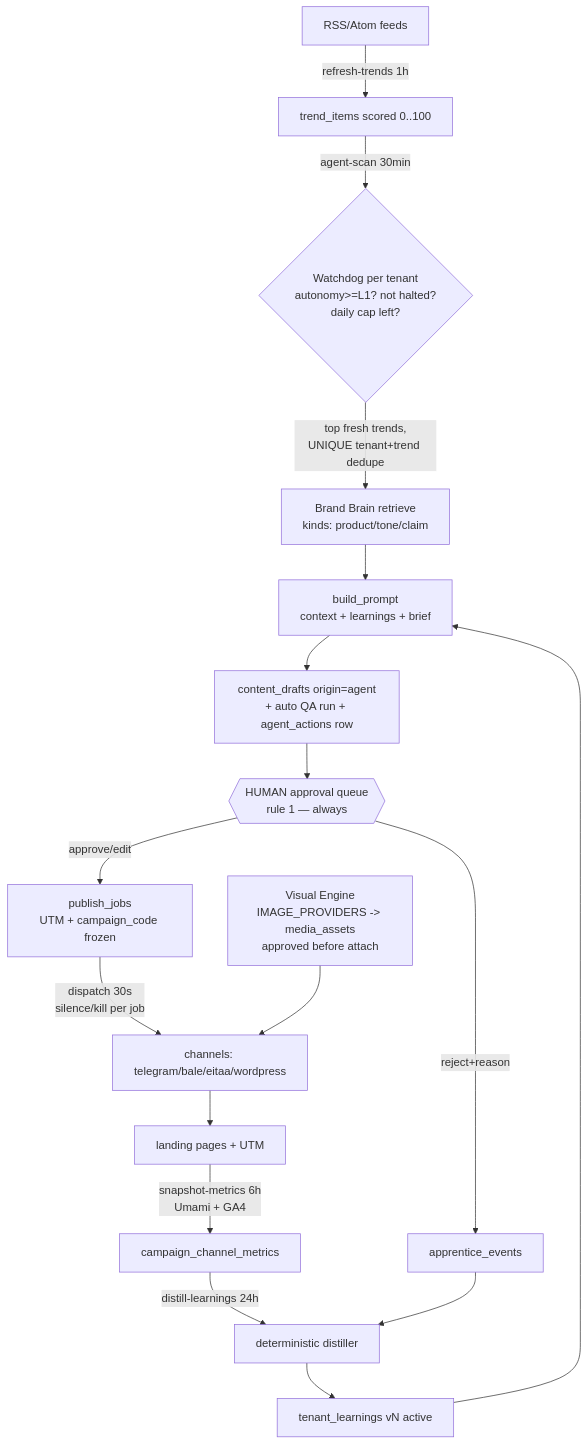
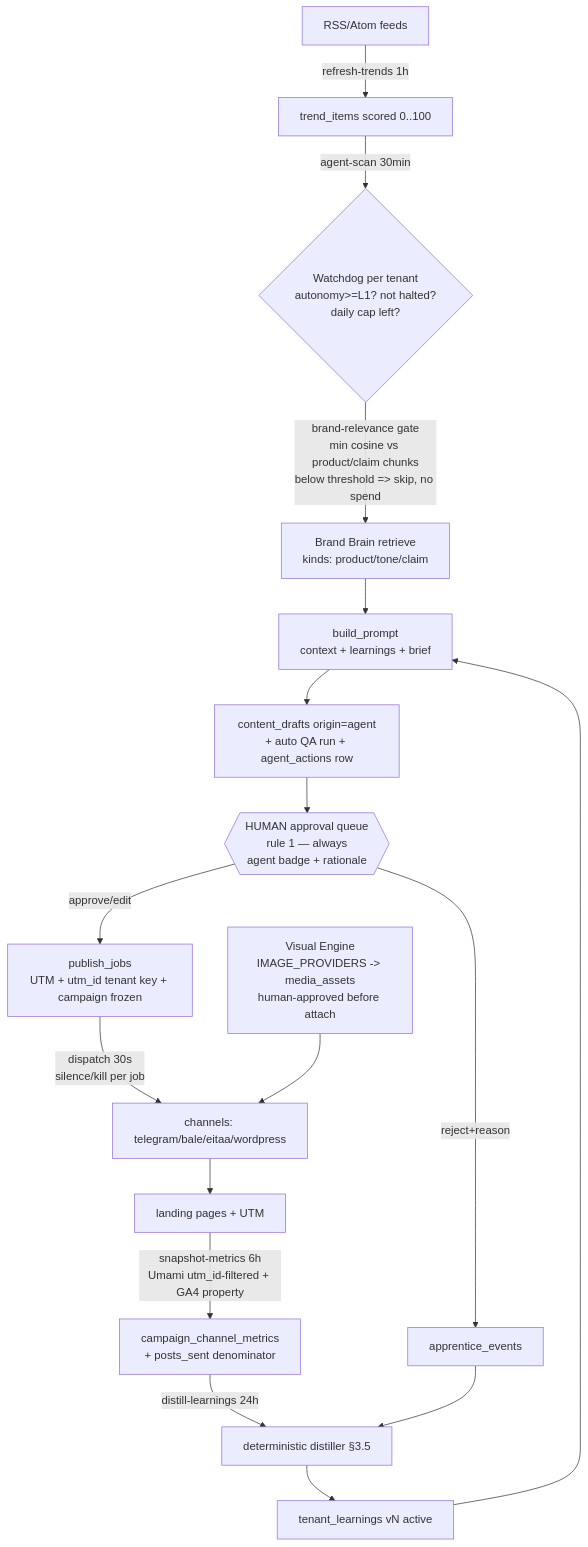
Before and after one commit to ashoorijahanban1-dev/rpim: the diagram in docs/design/fable5-pentarchy.md, drawn with Mermaid. The commit also changed other lines of this file, not shown here.

````diff
--- a/docs/design/fable5-pentarchy.md
+++ b/docs/design/fable5-pentarchy.md
@@ -207,19 +298,19 @@
 ```mermaid
 flowchart TD
   RSS[RSS/Atom feeds] -->|refresh-trends 1h| RADAR[trend_items scored 0..100]
   RADAR -->|agent-scan 30min| WD{Watchdog per tenant\nautonomy>=L1? not halted?\ndaily cap left?}
-  WD -->|top fresh trends,\nUNIQUE tenant+trend dedupe| BRAIN[Brand Brain retrieve\nkinds: product/tone/claim]
+  WD -->|brand-relevance gate\nmin cosine vs product/claim chunks\nbelow threshold => skip, no spend| BRAIN[Brand Brain retrieve\nkinds: product/tone/claim]
   LEARN[tenant_learnings vN active] --> PROMPT
   BRAIN --> PROMPT[build_prompt\ncontext + learnings + brief]
   PROMPT --> DRAFT[content_drafts origin=agent\n+ auto QA run + agent_actions row]
-  DRAFT --> HUMAN{{HUMAN approval queue\nrule 1 — always}}
-  HUMAN -->|approve/edit| COMPILE[publish_jobs\nUTM + campaign_code frozen]
+  DRAFT --> HUMAN{{HUMAN approval queue\nrule 1 — always\nagent badge + rationale}}
+  HUMAN -->|approve/edit| COMPILE[publish_jobs\nUTM + utm_id tenant key + campaign frozen]
   HUMAN -->|reject+reason| A0[apprentice_events]
   COMPILE -->|dispatch 30s\nsilence/kill per job| SEND[channels: telegram/bale/eitaa/wordpress]
-  VIS[Visual Engine\nIMAGE_PROVIDERS -> media_assets\napproved before attach] --> SEND
+  VIS[Visual Engine\nIMAGE_PROVIDERS -> media_assets\nhuman-approved before attach] --> SEND
   SEND --> WEB[landing pages + UTM]
-  WEB -->|snapshot-metrics 6h\nUmami + GA4| METRICS[campaign_channel_metrics]
-  METRICS -->|distill-learnings 24h| DISTILL[deterministic distiller]
+  WEB -->|snapshot-metrics 6h\nUmami utm_id-filtered + GA4 property| METRICS[campaign_channel_metrics\n+ posts_sent denominator]
+  METRICS -->|distill-learnings 24h| DISTILL[deterministic distiller §3.5]
   A0 --> DISTILL
   DISTILL --> LEARN
 ```
````
